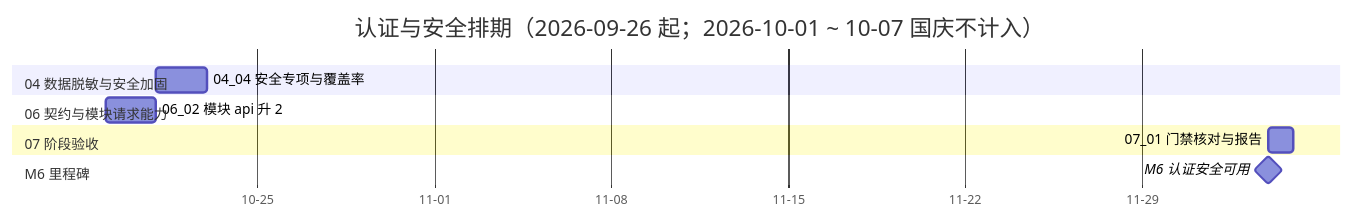
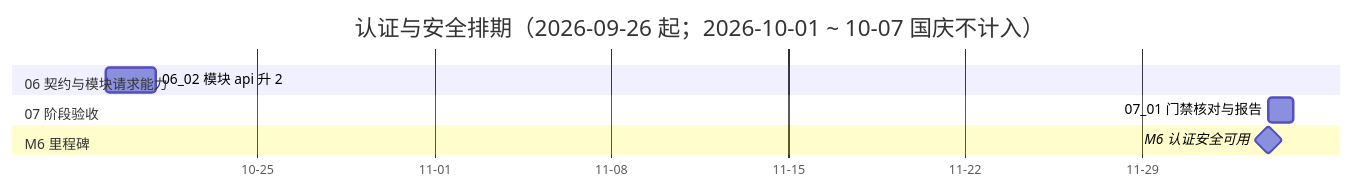
Before and after one commit to minjian123/basic-management-system: the diagram in bms文档/项目/06_认证与安全/计划/01_计划_认证与安全.md, drawn with Mermaid. The commit also changed other lines of this file and 5 other files, not shown here.

````diff
--- a/bms文档/项目/06_认证与安全/计划/01_计划_认证与安全.md
+++ b/bms文档/项目/06_认证与安全/计划/01_计划_认证与安全.md
@@ -76,14 +76,12 @@
 ```mermaid
 gantt
     title 认证与安全排期（2026-09-26 起；2026-10-01 ~ 10-07 国庆不计入）
     dateFormat  YYYY-MM-DD
     axisFormat %m-%d
-    section 04 数据脱敏与安全加固
-    04_04 安全专项与覆盖率 :d4, 2026-10-21, 2d
     section 06 契约与模块请求能力
     06_02 模块 api 升 2 :f2, 2026-10-19, 2d
     section 07 阶段验收
     07_01 门禁核对与报告 :g1, 2026-12-04, 1d
     section M6 里程碑
     M6 认证安全可用 :milestone, mm6, 2026-12-04, 0d
 ```
````
